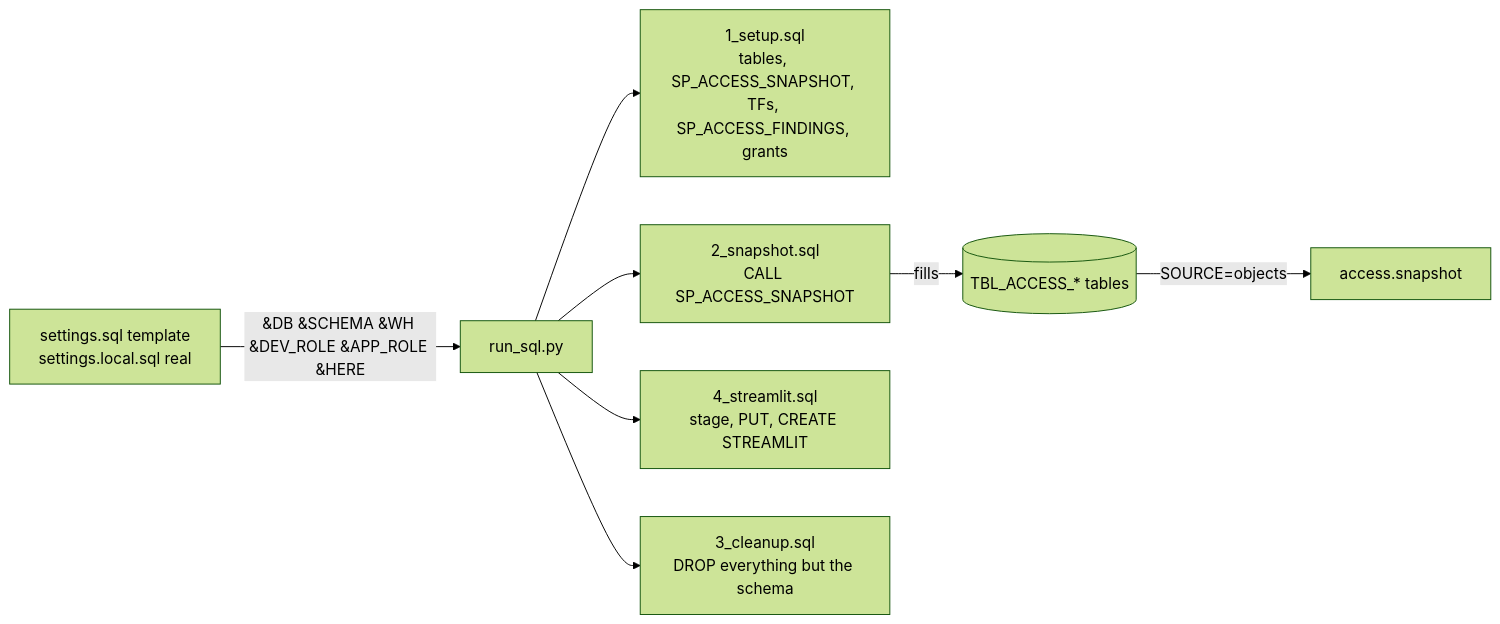
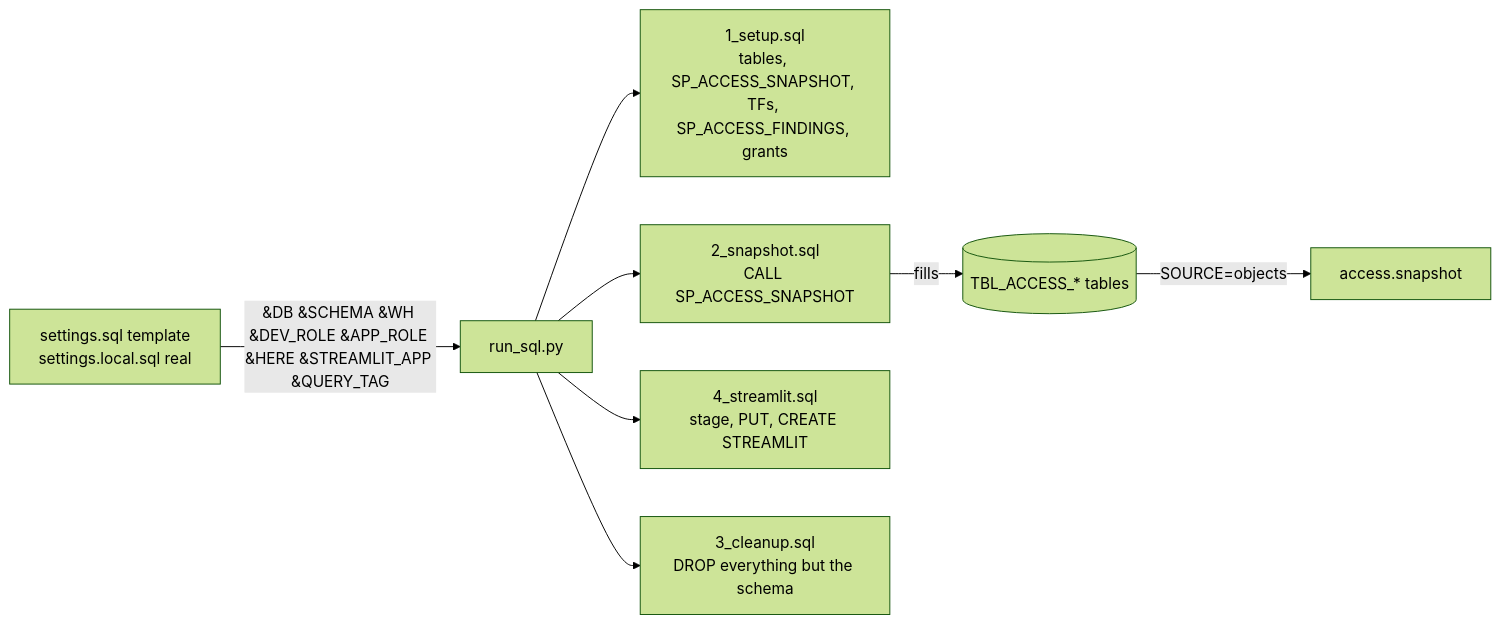
Before and after one commit to darshanmeel/snowflake-access-explorer: the first of 2 diagrams in snowflake-access-explorer-knowledge-graph/modules/sql.md, drawn with Mermaid (forest theme). The commit also changed other lines of this file and 67 other files, not shown here.

Commit message:
Knowledge graph: QUERY_TAG and STREAMLIT_APP settings, run_sql.py fallback, access.py line refs after 4386 corrected

````diff
--- a/snowflake-access-explorer-knowledge-graph/modules/sql.md
+++ b/snowflake-access-explorer-knowledge-graph/modules/sql.md
@@ -6,10 +6,10 @@
 ```mermaid
 flowchart LR
-  S[settings.sql template<br/>settings.local.sql real] -->|&DB &SCHEMA &WH &DEV_ROLE &APP_ROLE &HERE| R[run_sql.py]
+  S[settings.sql template<br/>settings.local.sql real] -->|&DB &SCHEMA &WH &DEV_ROLE &APP_ROLE &HERE &STREAMLIT_APP &QUERY_TAG| R[run_sql.py]
   R --> S1[1_setup.sql<br/>tables, SP_ACCESS_SNAPSHOT, TFs, SP_ACCESS_FINDINGS, grants]
   R --> S2[2_snapshot.sql<br/>CALL SP_ACCESS_SNAPSHOT]
   R --> S4[4_streamlit.sql<br/>stage, PUT, CREATE STREAMLIT]
   R --> S3[3_cleanup.sql<br/>DROP everything but the schema]
   S2 -->|fills| T[(TBL_ACCESS_* tables)]
   T -->|SOURCE=objects| APP[access.snapshot]
 ```
````
